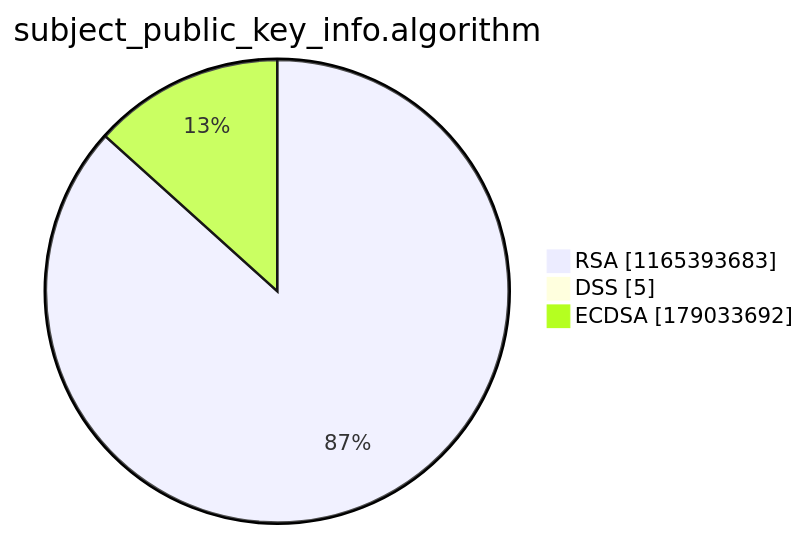
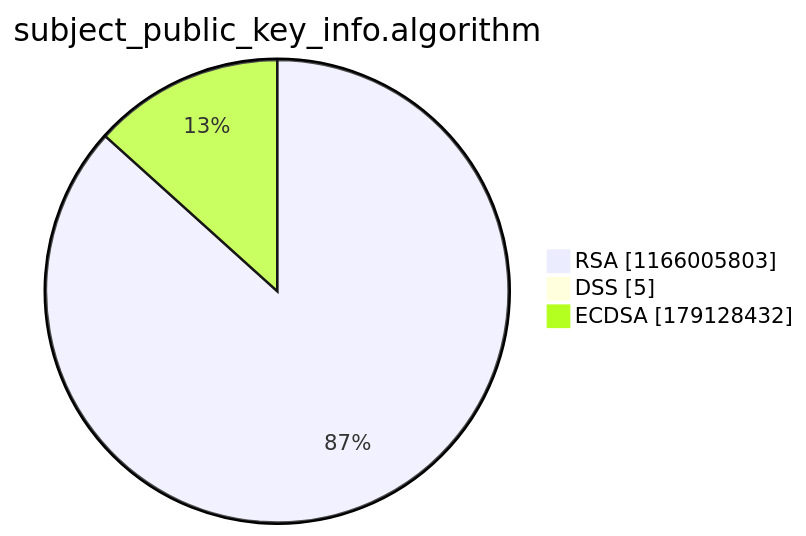
Before and after one commit to christiankrug/ctmonitor_visualization: the third of 15 diagrams in argon2022/README.md, drawn with Mermaid. The commit also changed other lines of this file, not shown here.

````diff
--- a/argon2022/README.md
+++ b/argon2022/README.md
@@ -14,7 +14,7 @@
 ```mermaid
 pie showData
 title subject_public_key_info.algorithm
-"RSA" :1165393683
+"RSA" :1166005803
 "DSS" :5
-"ECDSA" :179033692
+"ECDSA" :179128432
 ```
````
